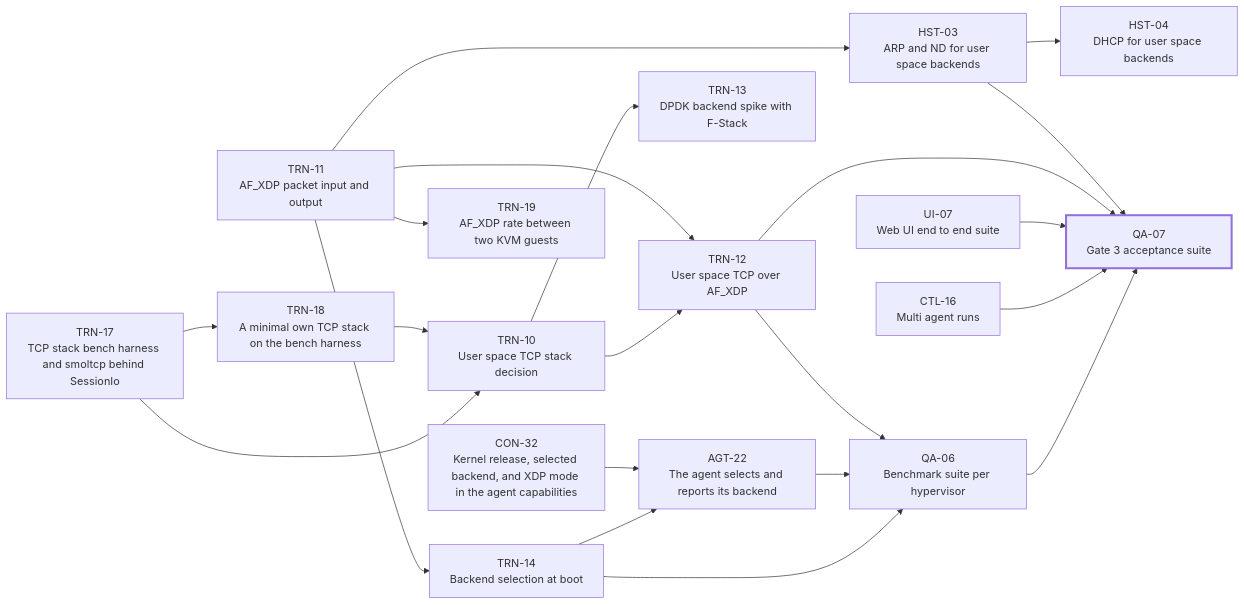
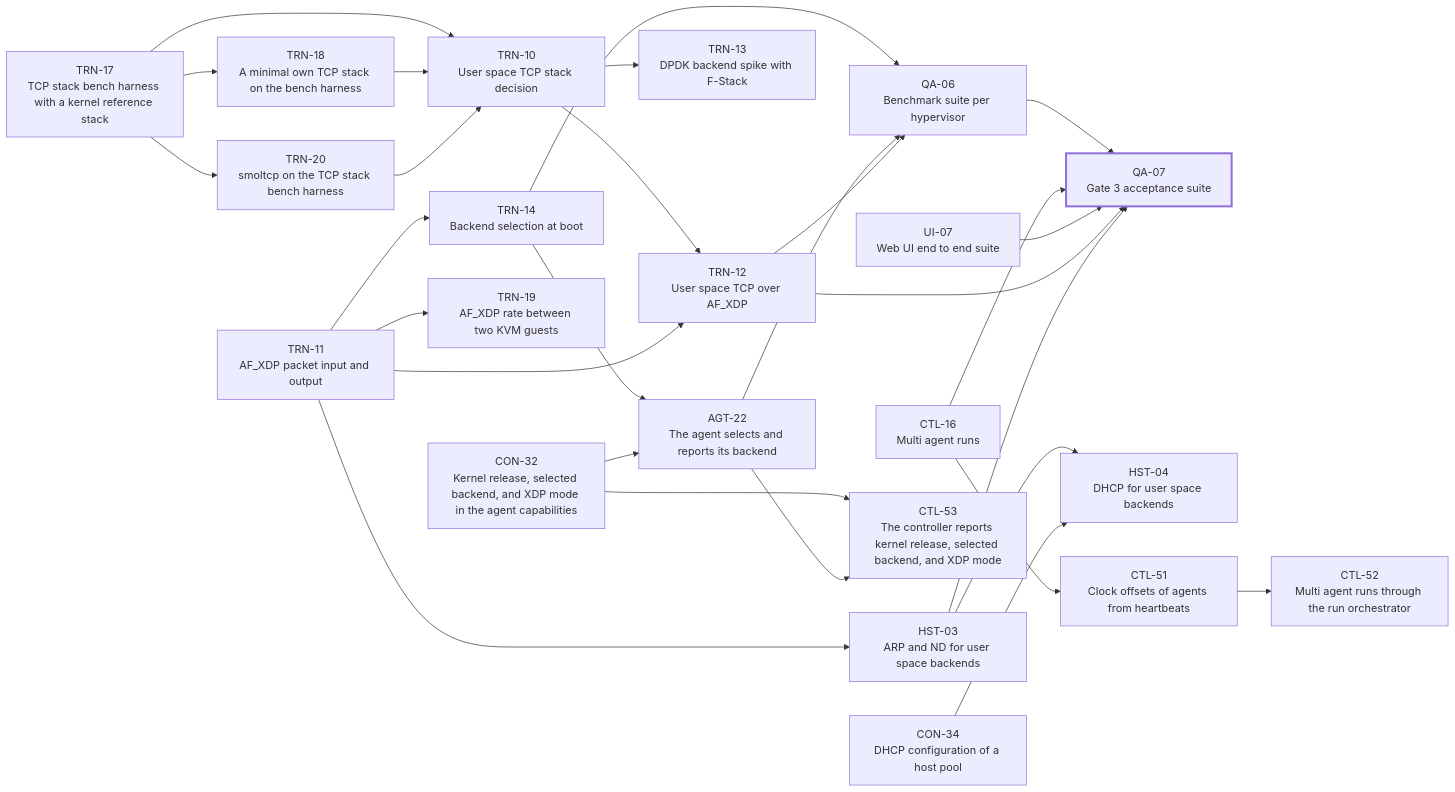
Before and after one commit to alrawi/FixingPointSystem: the diagram in docs/wiki/Work-Packages-Phase-3.md, drawn with Mermaid. The commit also changed other lines of this file and 9 other files, not shown here.

````diff
--- a/docs/wiki/Work-Packages-Phase-3.md
+++ b/docs/wiki/Work-Packages-Phase-3.md
@@ -12,41 +12,53 @@
 ```mermaid
 flowchart LR
   TRN_10["TRN-10<br/>User space TCP stack decision"]
   TRN_11["TRN-11<br/>AF_XDP packet input and output"]
   TRN_12["TRN-12<br/>User space TCP over AF_XDP"]
   HST_03["HST-03<br/>ARP and ND for user space backends"]
   TRN_13["TRN-13<br/>DPDK backend spike with F-Stack"]
   TRN_14["TRN-14<br/>Backend selection at boot"]
   CTL_16["CTL-16<br/>Multi agent runs"]
   UI_07["UI-07<br/>Web UI end to end suite"]
   QA_06["QA-06<br/>Benchmark suite per hypervisor"]
   QA_07["QA-07<br/>Gate 3 acceptance suite"]
-  TRN_17["TRN-17<br/>TCP stack bench harness and smoltcp behind SessionIo"]
+  TRN_17["TRN-17<br/>TCP stack bench harness with a kernel reference stack"]
+  TRN_20["TRN-20<br/>smoltcp on the TCP stack bench harness"]
   TRN_18["TRN-18<br/>A minimal own TCP stack on the bench harness"]
   TRN_19["TRN-19<br/>AF_XDP rate between two KVM guests"]
   HST_04["HST-04<br/>DHCP for user space backends"]
   AGT_22["AGT-22<br/>The agent selects and reports its backend"]
   CON_32["CON-32<br/>Kernel release, selected backend, and XDP mode in the agent capabilities"]
+  CTL_51["CTL-51<br/>Clock offsets of agents from heartbeats"]
+  CTL_52["CTL-52<br/>Multi agent runs through the run orchestrator"]
+  CTL_53["CTL-53<br/>The controller reports kernel release, selected backend, and XDP mode"]
+  CON_34["CON-34<br/>DHCP configuration of a host pool"]
   TRN_17 --> TRN_10
   TRN_18 --> TRN_10
+  TRN_20 --> TRN_10
   TRN_10 --> TRN_12
   TRN_11 --> TRN_12
   TRN_11 --> HST_03
   TRN_10 --> TRN_13
   TRN_11 --> TRN_14
   TRN_14 --> QA_06
   AGT_22 --> QA_06
   TRN_12 --> QA_06
   QA_06 --> QA_07
   CTL_16 --> QA_07
   UI_07 --> QA_07
   TRN_12 --> QA_07
   HST_03 --> QA_07
+  TRN_17 --> TRN_20
   TRN_17 --> TRN_18
   TRN_11 --> TRN_19
   HST_03 --> HST_04
+  CON_34 --> HST_04
   TRN_14 --> AGT_22
   CON_32 --> AGT_22
+  CTL_16 --> CTL_51
+  CTL_51 --> CTL_52
+  CON_32 --> CTL_53
+  AGT_22 --> CTL_53
   classDef critical stroke-width:3px
   class QA_07 critical
 ```
````
